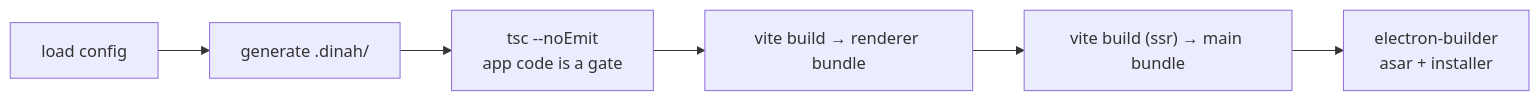
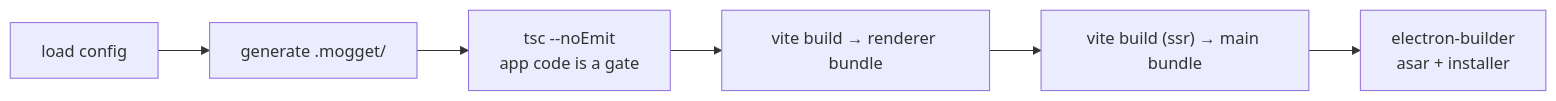
Before and after one commit to meersajidh/cheshire: the fourth of 4 diagrams in docs/guides/framework-architecture.md, drawn with Mermaid. The commit also changed other lines of this file and 63 other files, not shown here.

````diff
--- a/docs/guides/framework-architecture.md
+++ b/docs/guides/framework-architecture.md
@@ -266,8 +266,8 @@
 ```mermaid
 flowchart LR
-  L["load config"] --> G["generate .dinah/"]
+  L["load config"] --> G["generate .mogget/"]
   G --> T["tsc --noEmit<br/>app code is a gate"]
   T --> R["vite build → renderer bundle"]
   R --> M["vite build (ssr) → main bundle"]
   M --> P["electron-builder<br/>asar + installer"]
 ```
````
